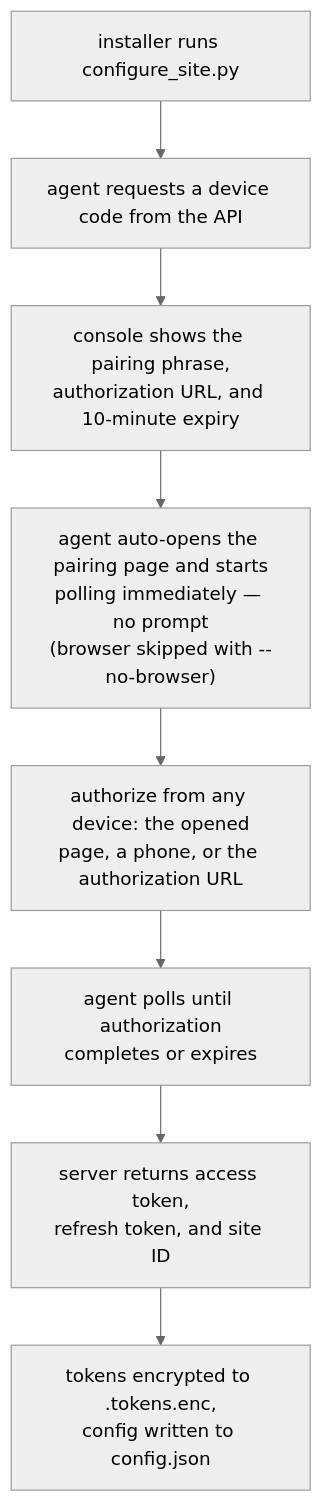
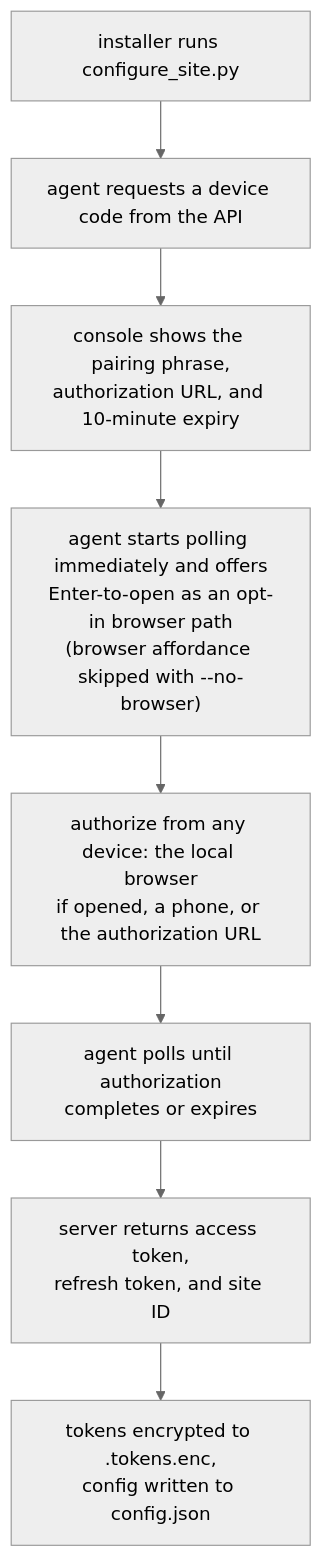
The diagram in web/content/docs/agent/installation.mdx (theexperiential/owlette), drawn with Mermaid (neutral theme) before and after one commit. The commit also changed other lines of this file and 21 other files, not shown here.

Commit message:
fix(installer): make pairing browser open opt-in

````diff
--- a/web/content/docs/agent/installation.mdx
+++ b/web/content/docs/agent/installation.mdx
@@ -158,10 +159,10 @@
 ```mermaid
 flowchart TD
     A["installer runs configure_site.py"] --> B["agent requests a device code from the API"]
     B --> C["console shows the pairing phrase,<br/>authorization URL, and 10-minute expiry"]
-    C --> D["agent auto-opens the pairing page and starts<br/>polling immediately — no prompt<br/>(browser skipped with --no-browser)"]
-    D --> E["authorize from any device: the opened<br/>page, a phone, or the authorization URL"]
+    C --> D["agent starts polling immediately and offers<br/>Enter-to-open as an opt-in browser path<br/>(browser affordance skipped with --no-browser)"]
+    D --> E["authorize from any device: the local browser<br/>if opened, a phone, or the authorization URL"]
     E --> G["agent polls until authorization<br/>completes or expires"]
     G --> H["server returns access token,<br/>refresh token, and site ID"]
     H --> I["tokens encrypted to .tokens.enc,<br/>config written to config.json"]
 ```
````
